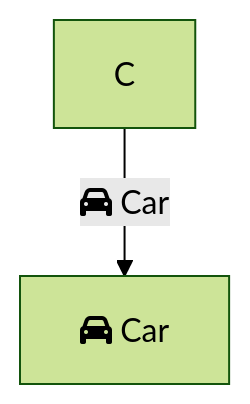
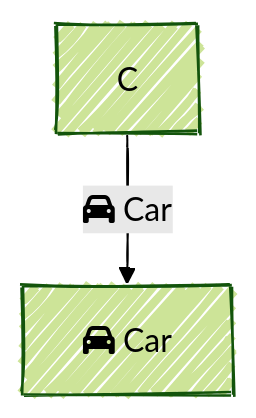
The diagram in corpus/flowchart/mermaid/flowchart-handDrawn_041.mmd (kinyoklion/carcimaid), drawn with Mermaid (forest theme) before and after one commit. The commit also changed 38 other files, not shown here.

First line of the commit message:
Restore look:handDrawn on flowchart-handDrawn_* corpus cases

```diff
--- a/corpus/flowchart/mermaid/flowchart-handDrawn_041.mmd
+++ b/corpus/flowchart/mermaid/flowchart-handDrawn_041.mmd
@@ -1,2 +1,6 @@
+---
+config:
+  look: handDrawn
+---
 graph TD
   C -->|fa:fa-car Car| F[fa:fa-car Car]
```
